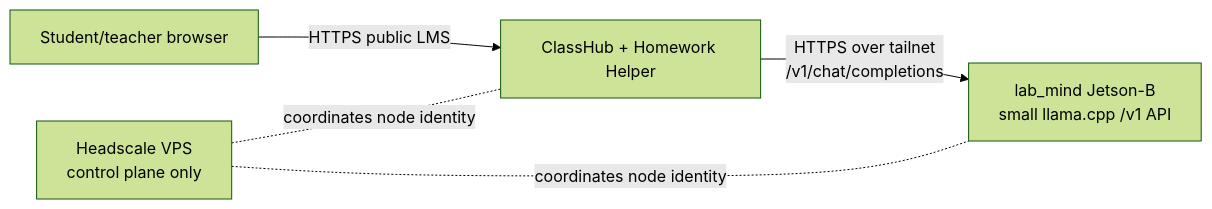
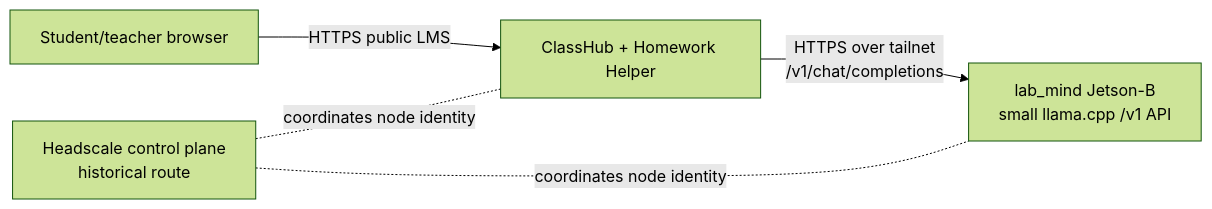
The diagram in docs/JETSON_B_HELPER_BACKEND.md (bseverns/classhub), drawn with Mermaid (forest theme) before and after one commit. The commit also changed other lines of this file and 32 other files, not shown here.

````diff
--- a/docs/JETSON_B_HELPER_BACKEND.md
+++ b/docs/JETSON_B_HELPER_BACKEND.md
@@ -28,12 +40,12 @@
 ```mermaid
 flowchart LR
   Browser["Student/teacher browser"]
   LMS["ClassHub + Homework Helper"]
-  HS["Headscale VPS<br/>control plane only"]
+  HS["Headscale control plane<br/>historical route"]
   Jetson["lab_mind Jetson-B<br/>small llama.cpp /v1 API"]
 
   Browser -->|HTTPS public LMS| LMS
   LMS -->|HTTPS over tailnet<br/>/v1/chat/completions| Jetson
   HS -. coordinates node identity .- LMS
   HS -. coordinates node identity .- Jetson
 ```
````
